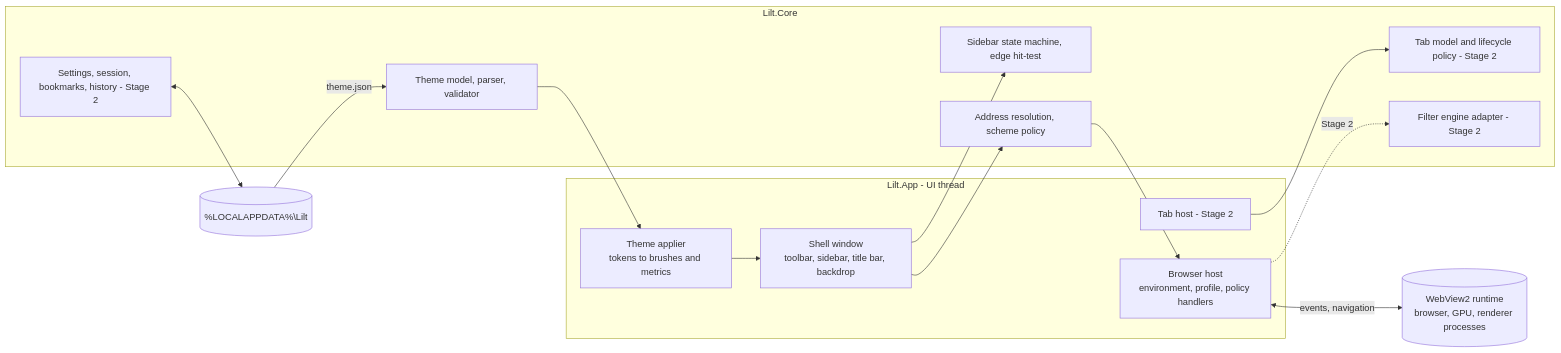
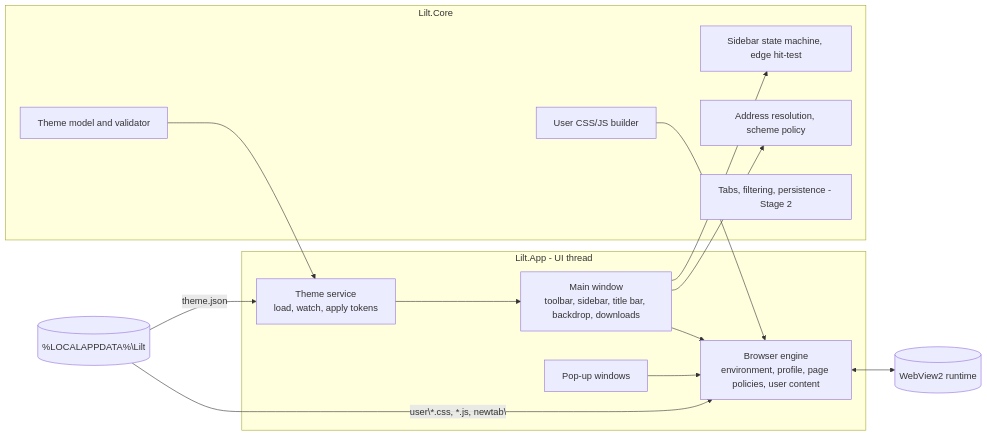
The first of 2 diagrams in docs/architecture.md (wyattjallen-svg/Lilt), drawn with Mermaid before and after one commit. The commit also changed other lines of this file and 1 other file, not shown here.

First line of the commit message:
Fix ambiguous DispatcherQueueTimer and EdgeButtons name clash; revise architecture doc

````diff
--- a/docs/architecture.md
+++ b/docs/architecture.md
@@ -104,27 +110,28 @@
 ```mermaid
 flowchart LR
   subgraph App[Lilt.App - UI thread]
-    Shell[Shell window<br/>toolbar, sidebar, title bar, backdrop]
-    ThemeApplier[Theme applier<br/>tokens to brushes and metrics]
-    BrowserHost[Browser host<br/>environment, profile, policy handlers]
-    TabHost[Tab host - Stage 2]
+    Shell[Main window<br/>toolbar, sidebar, title bar, backdrop, downloads]
+    Popups[Pop-up windows]
+    ThemeSvc[Theme service<br/>load, watch, apply tokens]
+    Engine[Browser engine<br/>environment, profile, page policies, user content]
   end
   subgraph Core[Lilt.Core]
-    Theme[Theme model, parser, validator]
+    Theme[Theme model and validator]
     Layout[Sidebar state machine, edge hit-test]
     UrlPolicy[Address resolution, scheme policy]
-    Tabs[Tab model and lifecycle policy - Stage 2]
-    Filter[Filter engine adapter - Stage 2]
-    Store[Settings, session, bookmarks, history - Stage 2]
+    UserCss[User CSS/JS builder]
+    Later[Tabs, filtering, persistence - Stage 2]
   end
-  WV2[(WebView2 runtime<br/>browser, GPU, renderer processes)]
+  WV2[(WebView2 runtime)]
   Files[(%LOCALAPPDATA%\Lilt)]
 
-  Files -->|theme.json| Theme --> ThemeApplier --> Shell
+  Files -->|theme.json| ThemeSvc --> Shell
+  Theme --> ThemeSvc
   Shell --> Layout
-  Shell --> UrlPolicy --> BrowserHost
-  BrowserHost <-->|events, navigation| WV2
-  TabHost --> Tabs
-  BrowserHost -. Stage 2 .-> Filter
-  Store <--> Files
+  Shell --> UrlPolicy
+  Shell --> Engine
+  Popups --> Engine
+  Files -->|user\*.css, *.js, newtab\| Engine
+  UserCss --> Engine
+  Engine <--> WV2
 ```
````
